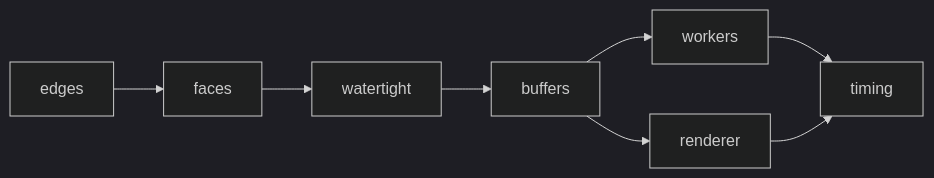
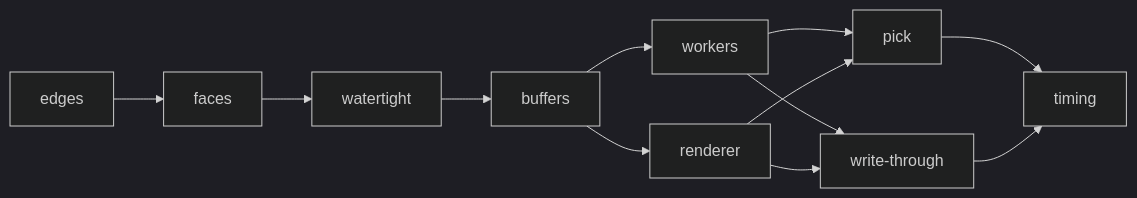
One commit to Dzoay/occam changed the diagram in docs/plan/view.md. Above: the diagram before and after it, drawn with Mermaid (dark theme). The commit also changed other lines of this file and 2 other files, not shown here.

First line of the commit message:
docs(plan): picking and GPU write-through join the view milestone

````diff
--- a/docs/plan/view.md
+++ b/docs/plan/view.md
@@ -9,6 +13,7 @@
 ```mermaid
 flowchart LR
   edges --> faces --> watertight --> buffers
   buffers --> workers & renderer
-  workers & renderer --> timing
+  workers & renderer --> pick & wt["write-through"]
+  pick & wt --> timing
 ```
````
